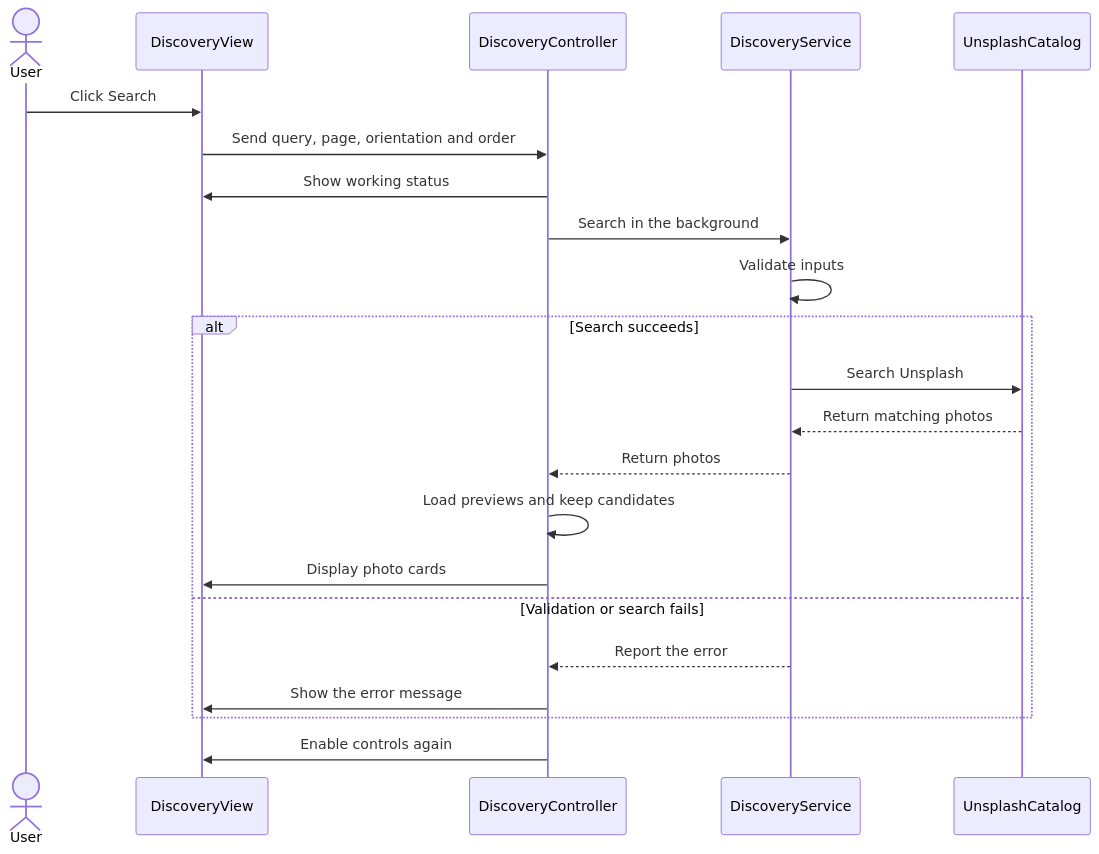
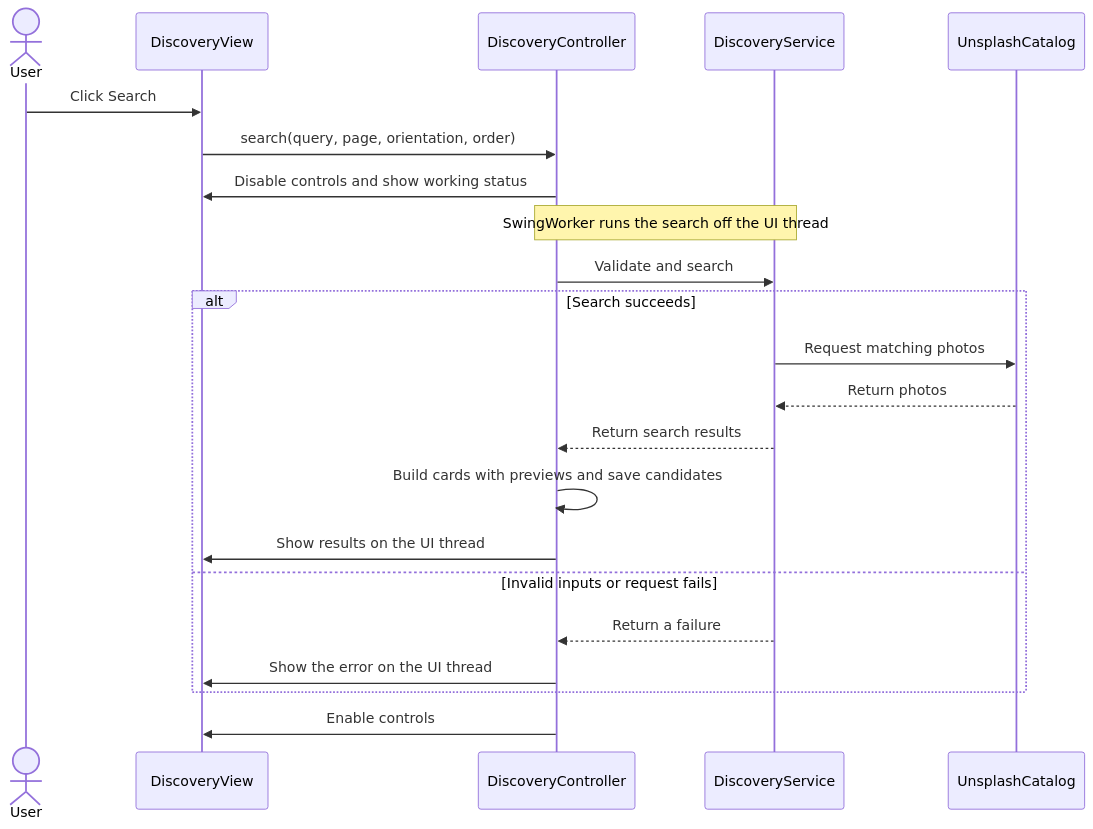
The second of 2 diagrams in README.md (GabrielCastellon/team-project), drawn with Mermaid before and after one commit. The commit also changed other lines of this file, not shown here.

Commit message:
Redraw discovery diagrams

````diff
--- a/README.md
+++ b/README.md
@@ -133,24 +133,25 @@
 ```mermaid
 sequenceDiagram
     actor User
     participant View as DiscoveryView
-    participant Ctrl as DiscoveryController
-    participant Service as DiscoveryService
+    participant Controller as DiscoveryController
+    participant UseCase as DiscoveryService
     participant Catalog as UnsplashCatalog
+
     User->>View: Click Search
-    View->>Ctrl: Send query, page, orientation and order
-    Ctrl->>View: Show working status
-    Ctrl->>Service: Search in the background
-    Service->>Service: Validate inputs
+    View->>Controller: search(query, page, orientation, order)
+    Controller->>View: Disable controls and show working status
+    Note over Controller,UseCase: SwingWorker runs the search off the UI thread
+    Controller->>UseCase: Validate and search
     alt Search succeeds
-        Service->>Catalog: Search Unsplash
-        Catalog-->>Service: Return matching photos
-        Service-->>Ctrl: Return photos
-        Ctrl->>Ctrl: Load previews and keep candidates
-        Ctrl->>View: Display photo cards
-    else Validation or search fails
-        Service-->>Ctrl: Report the error
-        Ctrl->>View: Show the error message
+        UseCase->>Catalog: Request matching photos
+        Catalog-->>UseCase: Return photos
+        UseCase-->>Controller: Return search results
+        Controller->>Controller: Build cards with previews and save candidates
+        Controller->>View: Show results on the UI thread
+    else Invalid inputs or request fails
+        UseCase-->>Controller: Return a failure
+        Controller->>View: Show the error on the UI thread
     end
-    Ctrl->>View: Enable controls again
+    Controller->>View: Enable controls
 ```
````
